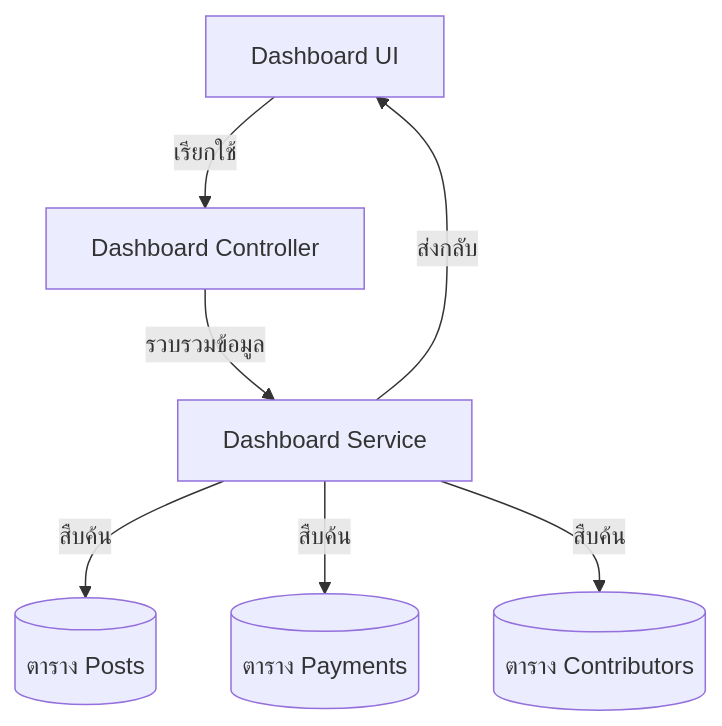
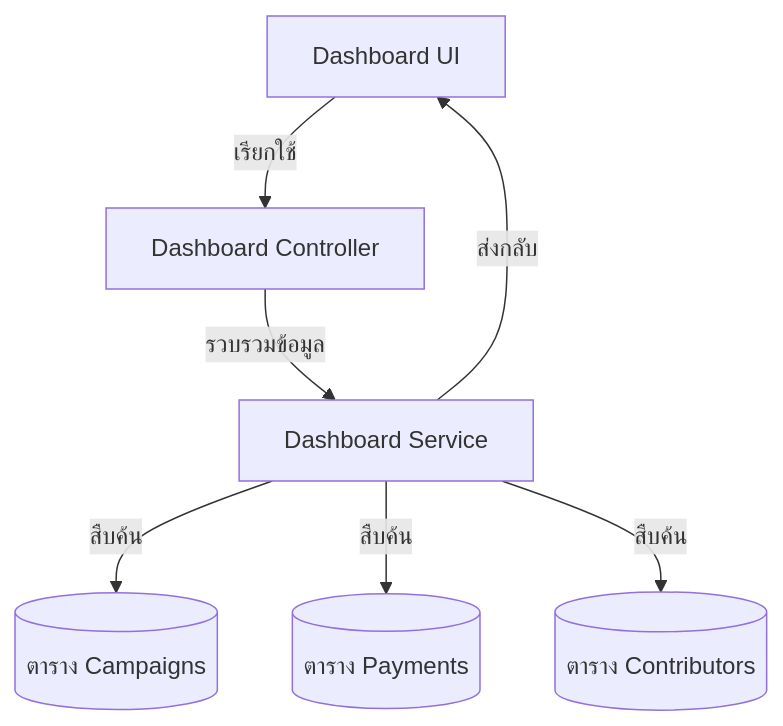
One commit to o-kard/okard-backend changed the diagram in docs/developer_manual/th/dashboard_module_manual.md. Above: the diagram before and after it, drawn with Mermaid. The commit also changed other lines of this file and 11 other files, not shown here.

````diff
--- a/docs/developer_manual/th/dashboard_module_manual.md
+++ b/docs/developer_manual/th/dashboard_module_manual.md
@@ -29,9 +29,9 @@
 ```mermaid
 graph TD
     UI[Dashboard UI] -->|เรียกใช้| API[Dashboard Controller]
     API -->|รวบรวมข้อมูล| Svc[Dashboard Service]
-    Svc -->|สืบค้น| Post[(ตาราง Posts)]
+    Svc -->|สืบค้น| Camp[(ตาราง Campaigns)]
     Svc -->|สืบค้น| Pmt[(ตาราง Payments)]
     Svc -->|สืบค้น| Ctr[(ตาราง Contributors)]
     Svc -->|ส่งกลับ| UI
 ```
````
